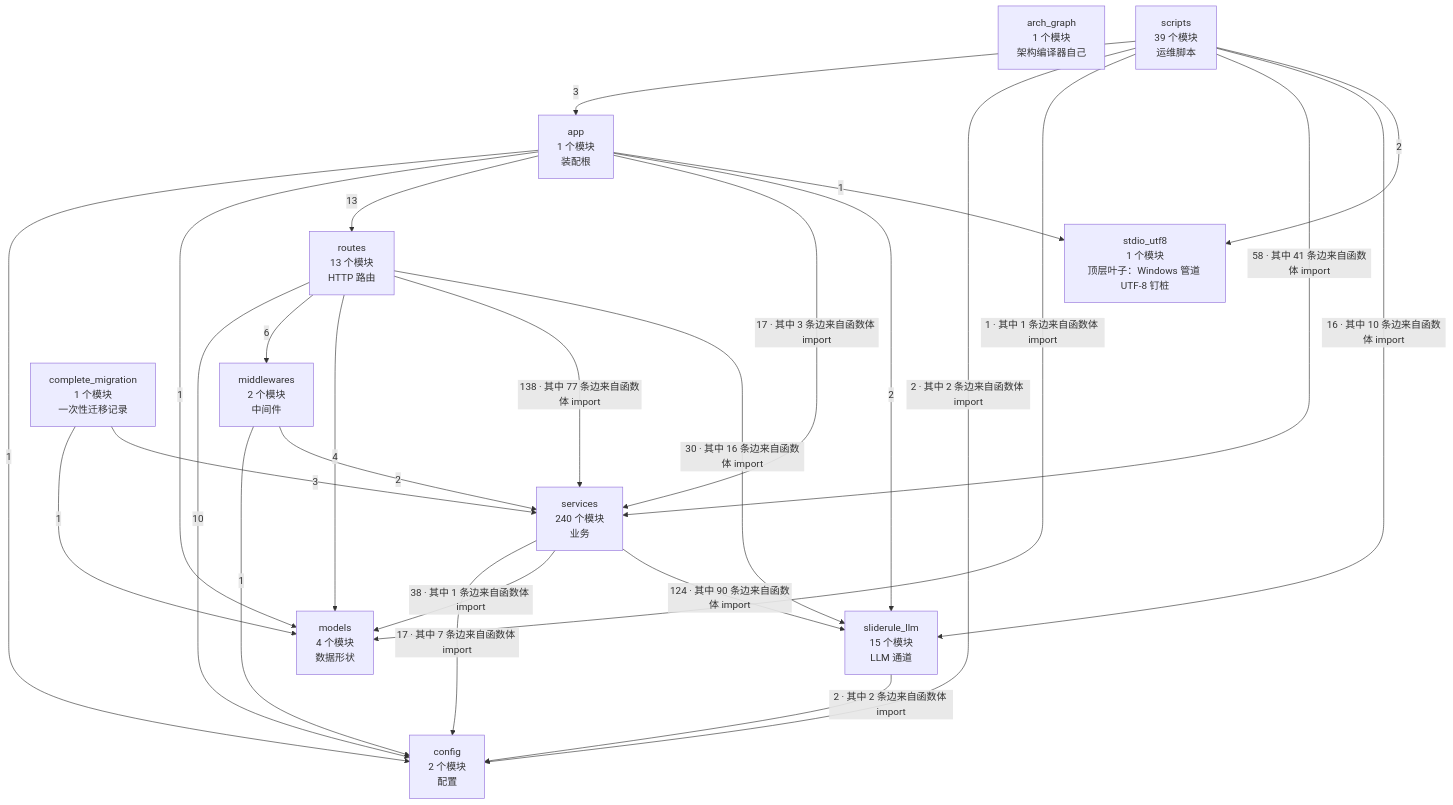
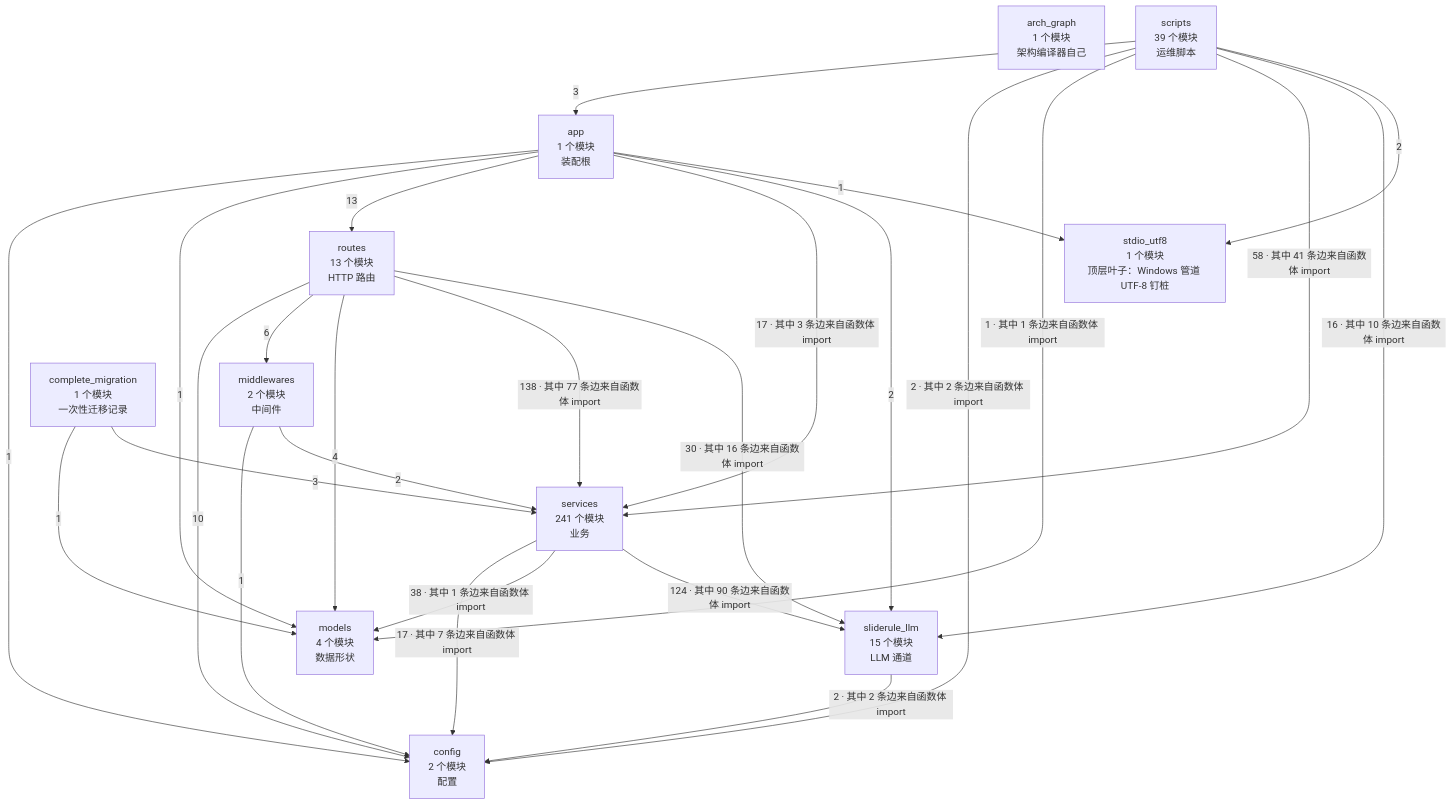
One commit to 2686521696/WhyBuddy changed the second of 4 diagrams in docs/SlideRule V6.2 架构图（自动生成）.md. Above: the diagram before and after it, drawn with Mermaid. The commit also changed other lines of this file and 6 other files, not shown here.

````diff
--- a/docs/SlideRule V6.2 架构图（自动生成）.md
+++ b/docs/SlideRule V6.2 架构图（自动生成）.md
@@ -62,39 +62,39 @@
 ```mermaid
 flowchart TB
   arch_graph["arch_graph<br/>1 个模块<br/>架构编译器自己"]
   config["config<br/>2 个模块<br/>配置"]
   models["models<br/>4 个模块<br/>数据形状"]
   stdio_utf8["stdio_utf8<br/>1 个模块<br/>顶层叶子：Windows 管道 UTF-8 钉桩"]
   sliderule_llm["sliderule_llm<br/>15 个模块<br/>LLM 通道"]
   middlewares["middlewares<br/>2 个模块<br/>中间件"]
-  services["services<br/>240 个模块<br/>业务"]
+  services["services<br/>241 个模块<br/>业务"]
   routes["routes<br/>13 个模块<br/>HTTP 路由"]
   app["app<br/>1 个模块<br/>装配根"]
   complete_migration["complete_migration<br/>1 个模块<br/>一次性迁移记录"]
   scripts["scripts<br/>39 个模块<br/>运维脚本"]
   app -->|1| config
   app -->|1| models
   app -->|13| routes
   app -->|17 · 其中 3 条边来自函数体 import| services
   app -->|2| sliderule_llm
   app -->|1| stdio_utf8
   complete_migration -->|1| models
   complete_migration -->|3| services
   middlewares -->|1| config
   middlewares -->|2| services
   routes -->|10| config
   routes -->|6| middlewares
   routes -->|4| models
   routes -->|138 · 其中 77 条边来自函数体 import| services
   routes -->|30 · 其中 16 条边来自函数体 import| sliderule_llm
   scripts -->|3| app
   scripts -->|2 · 其中 2 条边来自函数体 import| config
   scripts -->|1 · 其中 1 条边来自函数体 import| models
   scripts -->|58 · 其中 41 条边来自函数体 import| services
   scripts -->|16 · 其中 10 条边来自函数体 import| sliderule_llm
   scripts -->|2| stdio_utf8
   services -->|17 · 其中 7 条边来自函数体 import| config
   services -->|38 · 其中 1 条边来自函数体 import| models
   services -->|124 · 其中 90 条边来自函数体 import| sliderule_llm
   sliderule_llm -->|2 · 其中 2 条边来自函数体 import| config
 ```
````
